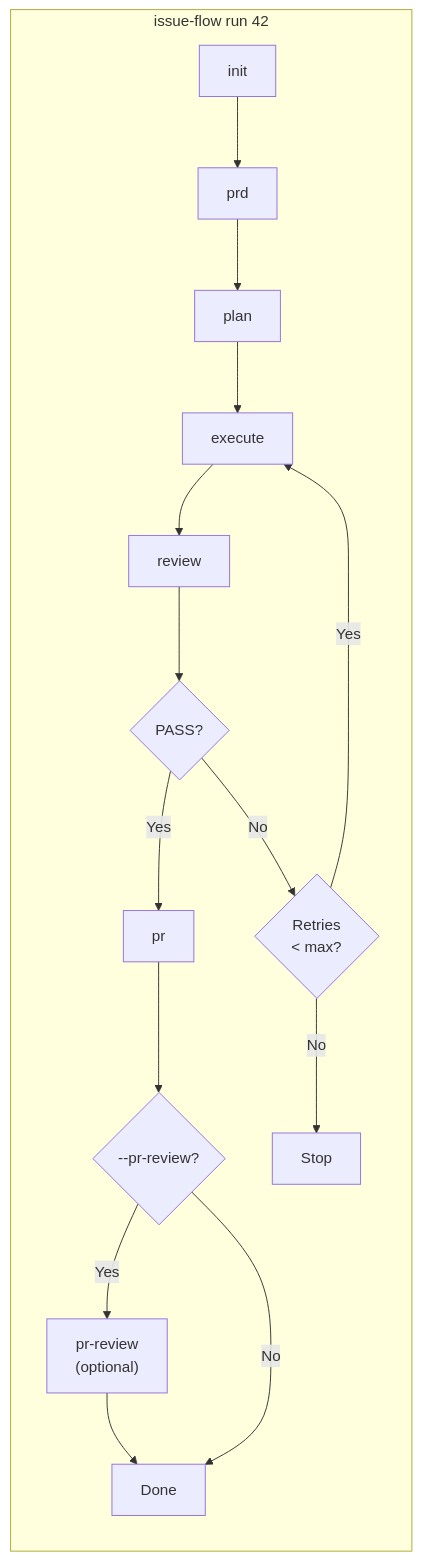
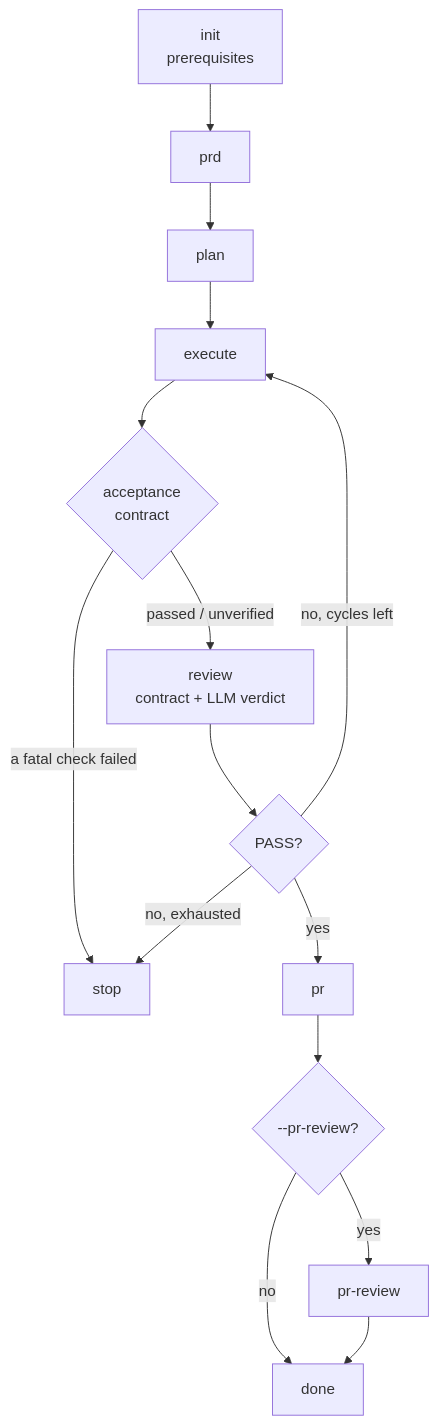
The diagram in README.md (fabioassuncao/agent-skills), drawn with Mermaid before and after one commit. The commit also changed other lines of this file and 1 other file, not shown here.

````diff
--- a/README.md
+++ b/README.md
@@ -38,18 +94,17 @@
 ```mermaid
-flowchart LR
-    subgraph "issue-flow run 42"
-        A["init"] --> B["prd"]
-        B --> C["plan"]
-        C --> D["execute"]
-        D --> E["review"]
-        E --> F{PASS?}
-        F -- Yes --> G["pr"]
-        F -- No --> H{"Retries\n< max?"}
-        H -- Yes --> D
-        H -- No --> I["Stop"]
-        G --> J{"--pr-review?"}
-        J -- Yes --> K["pr-review\n(optional)"]
-        J -- No --> L["Done"]
-        K --> L
-    end
+flowchart TB
+    A["init<br/>prerequisites"] --> B["prd"]
+    B --> C["plan"]
+    C --> D["execute"]
+    D --> V{"acceptance<br/>contract"}
+    V -- "a fatal check failed" --> X["stop"]
+    V -- "passed / unverified" --> R["review<br/>contract + LLM verdict"]
+    R --> F{"PASS?"}
+    F -- "no, cycles left" --> D
+    F -- "no, exhausted" --> X
+    F -- "yes" --> G["pr"]
+    G --> J{"--pr-review?"}
+    J -- "yes" --> K["pr-review"]
+    J -- "no" --> L["done"]
+    K --> L
 ```
````
